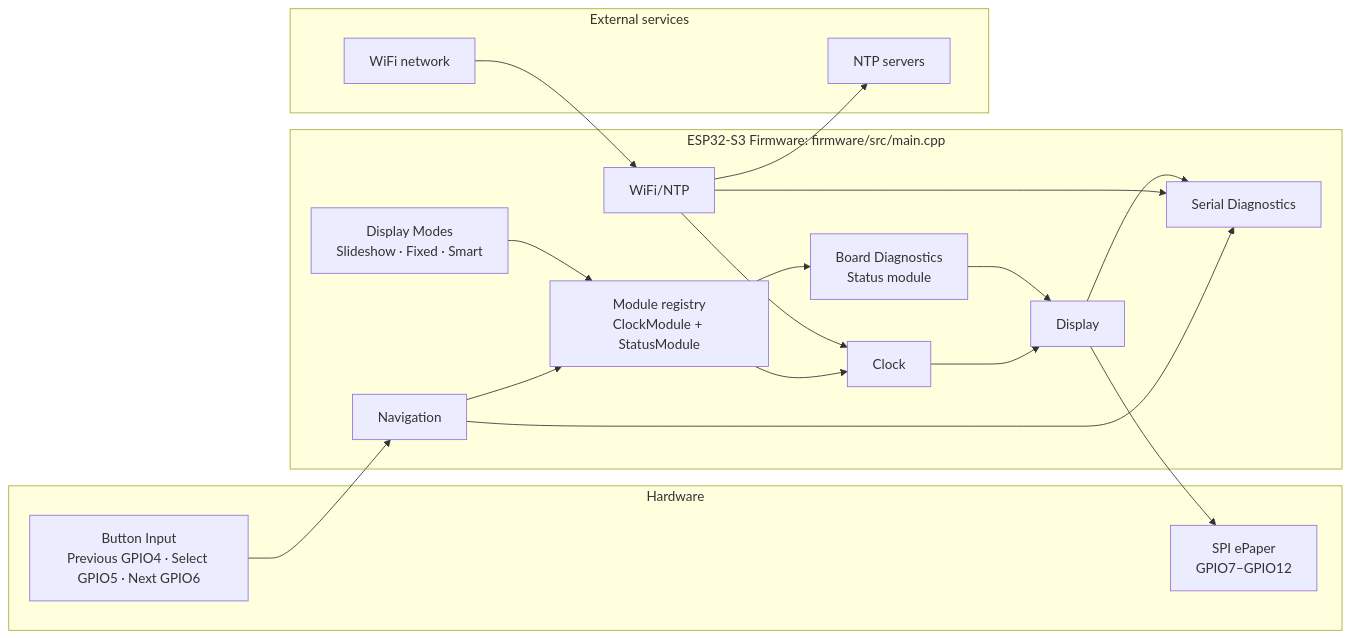
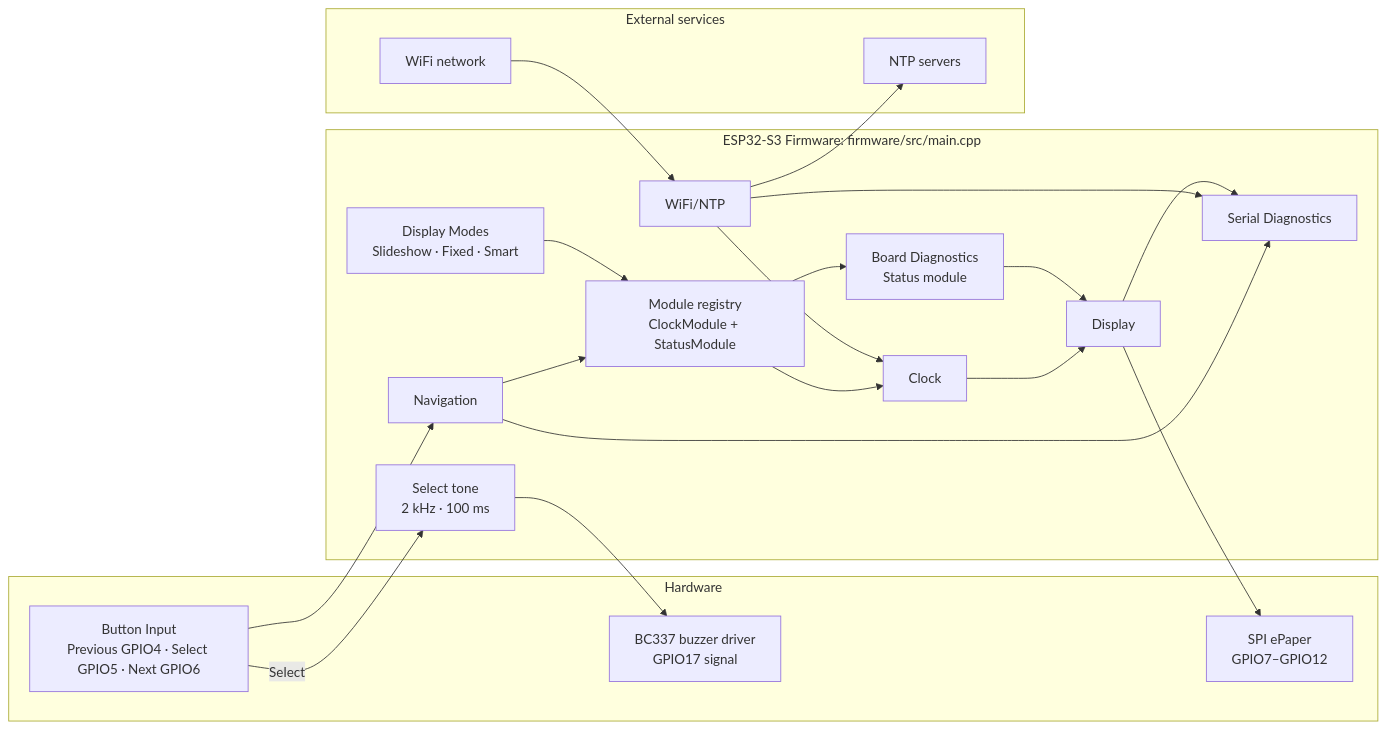
Before and after one commit to ibarot1981/HomeOS: the diagram in docs/Architecture.md, drawn with Mermaid. The commit also changed other lines of this file and 12 other files, not shown here.

````diff
--- a/docs/Architecture.md
+++ b/docs/Architecture.md
@@ -11,34 +13,38 @@
 ```mermaid
 flowchart LR
   subgraph Hardware
     Buttons["Button Input<br/>Previous GPIO4 · Select GPIO5 · Next GPIO6"]
     DisplayHW["SPI ePaper<br/>GPIO7–GPIO12"]
+    BuzzerHW["BC337 buzzer driver<br/>GPIO17 signal"]
   end
   subgraph Firmware["ESP32-S3 Firmware: firmware/src/main.cpp"]
     Navigation["Navigation"]
     Modes["Display Modes\nSlideshow · Fixed · Smart"]
     Clock["Clock"]
     Registry["Module registry\nClockModule + StatusModule"]
     Board["Board Diagnostics\nStatus module"]
     Display["Display"]
     Serial["Serial Diagnostics"]
     WiFiNTP["WiFi/NTP"]
+    Buzzer["Select tone<br/>2 kHz · 100 ms"]
   end
   subgraph External["External services"]
     WiFi["WiFi network"]
     NTP["NTP servers"]
   end
   Buttons --> Navigation
+  Buttons -->|Select| Buzzer
   Navigation --> Registry
   Modes --> Registry
   Registry --> Clock
   Registry --> Board
   Clock --> Display
   Board --> Display
   Display --> DisplayHW
+  Buzzer --> BuzzerHW
   WiFi --> WiFiNTP --> NTP
   WiFiNTP --> Clock
   Navigation --> Serial
   WiFiNTP --> Serial
   Display --> Serial
 ```
````
